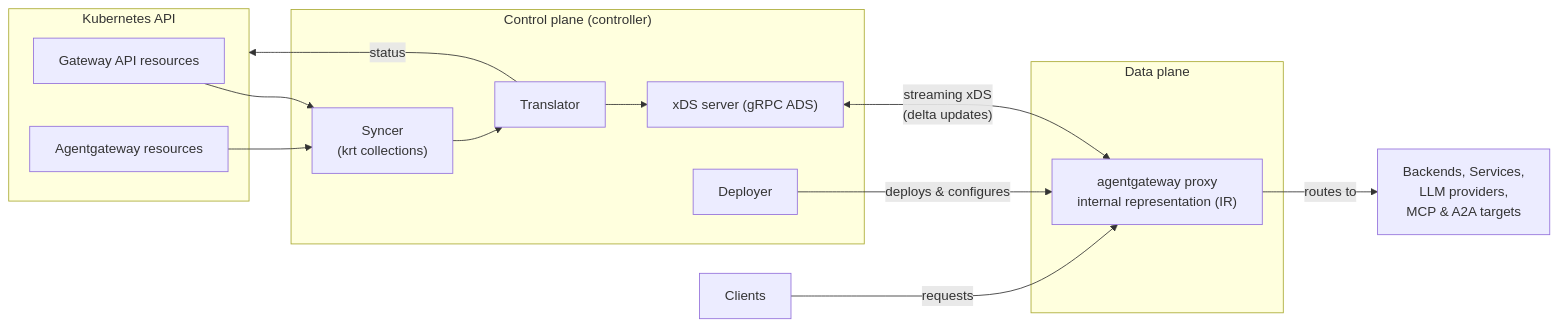
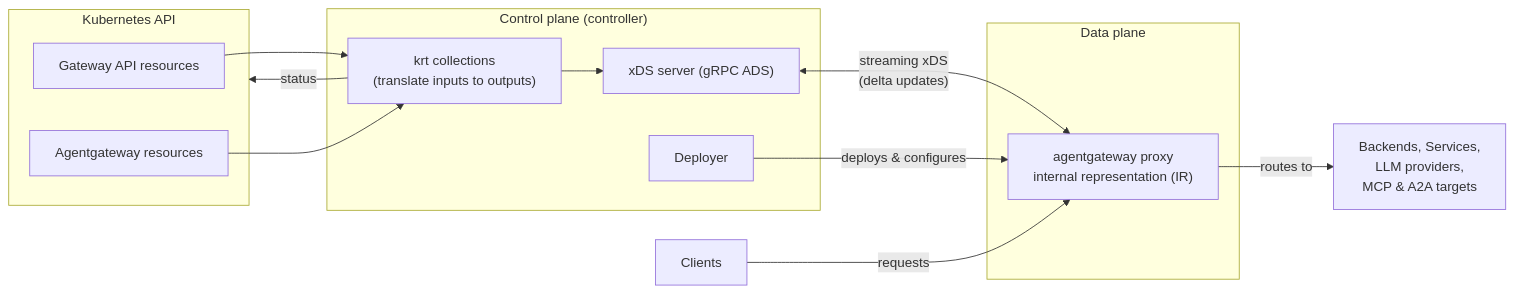
One commit to agentgateway/website changed the diagram in assets/agw-docs/pages/about/architecture.md. Above: the diagram before and after it, drawn with Mermaid. The commit also changed other lines of this file, not shown here.

Commit message:
rm syncer and translator

````diff
--- a/assets/agw-docs/pages/about/architecture.md
+++ b/assets/agw-docs/pages/about/architecture.md
@@ -12,27 +12,26 @@
 ```mermaid
 flowchart LR
     subgraph k8s["Kubernetes API"]
         GW["Gateway API resources"]
         AGW["Agentgateway resources"]
     end
 
     subgraph cp["Control plane (controller)"]
-        SYNC["Syncer<br/>(krt collections)"]
-        TRANS["Translator"]
+        KRT["krt collections<br/>(translate inputs to outputs)"]
         XDS["xDS server (gRPC ADS)"]
         DEP["Deployer"]
-        SYNC --> TRANS --> XDS
+        KRT --> XDS
     end
 
     subgraph dp["Data plane"]
         PROXY["agentgateway proxy<br/>internal representation (IR)"]
     end
 
-    GW --> SYNC
-    AGW --> SYNC
+    GW --> KRT
+    AGW --> KRT
     DEP -->|"deploys & configures"| PROXY
     XDS <-->|"streaming xDS<br/>(delta updates)"| PROXY
-    TRANS -->|"status"| k8s
+    KRT -->|"status"| k8s
     CLIENT["Clients"] -->|"requests"| PROXY
     PROXY -->|"routes to"| BACKENDS["Backends, Services,<br/>LLM providers,<br/>MCP & A2A targets"]
 ```
````
